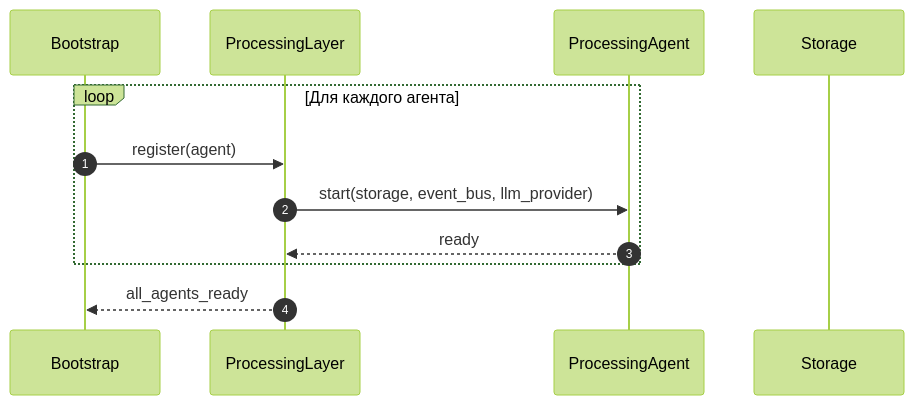
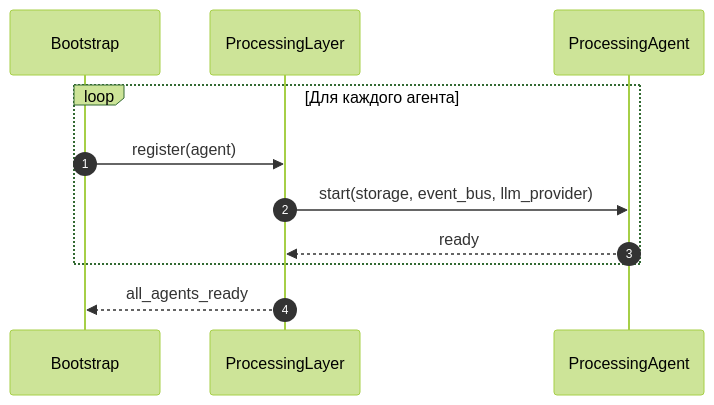
Before and after one commit to Dieugene/team-assistant: the ninth of 13 diagrams in 00_docs/architecture/runtime_architecture.md, drawn with Mermaid (forest theme). The commit also changed other lines of this file, not shown here.

First line of the commit message:
Refine runtime architecture

````diff
--- a/00_docs/architecture/runtime_architecture.md
+++ b/00_docs/architecture/runtime_architecture.md
@@ -425,15 +385,14 @@
 ```mermaid
 sequenceDiagram
     autonumber
     participant Bootstrap as Bootstrap
     participant PL as ProcessingLayer
     participant PA as ProcessingAgent
-    participant Storage as Storage
 
     loop Для каждого агента
         Bootstrap->>PL: register(agent)
         PL->>PA: start(storage, event_bus, llm_provider)
         PA-->>PL: ready
     end
     PL-->>Bootstrap: all_agents_ready
 ```
````
